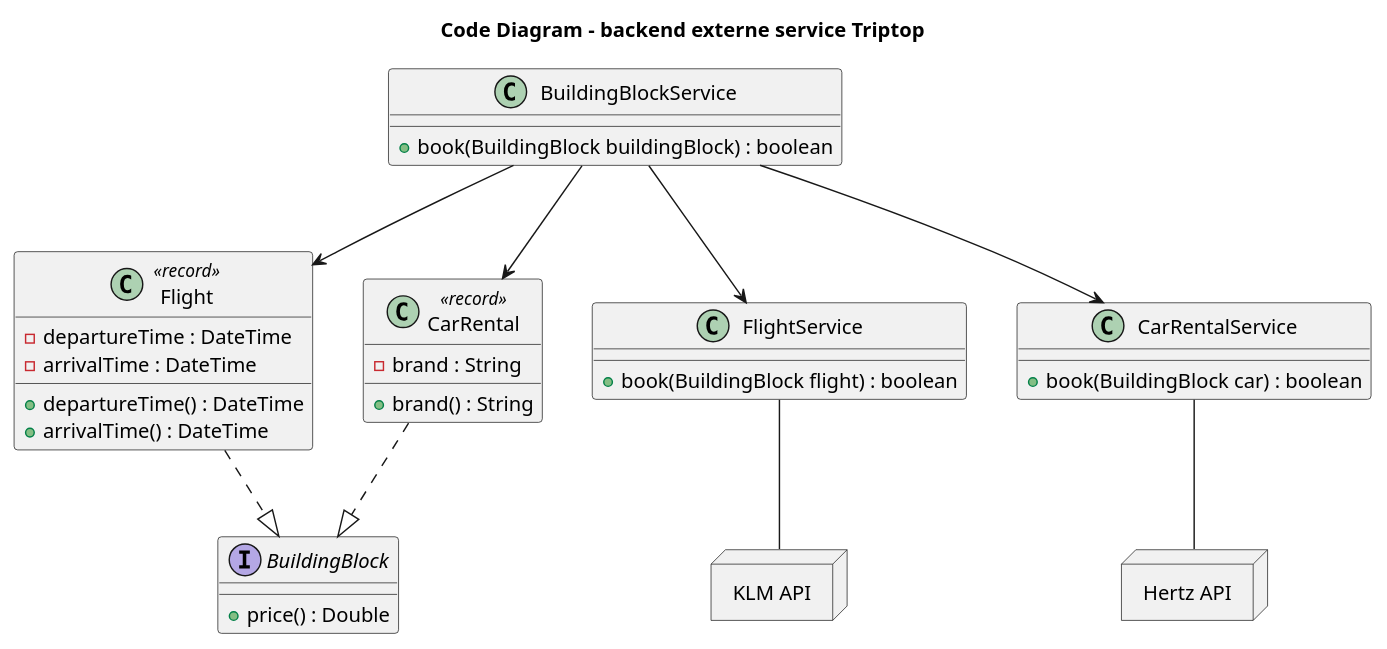
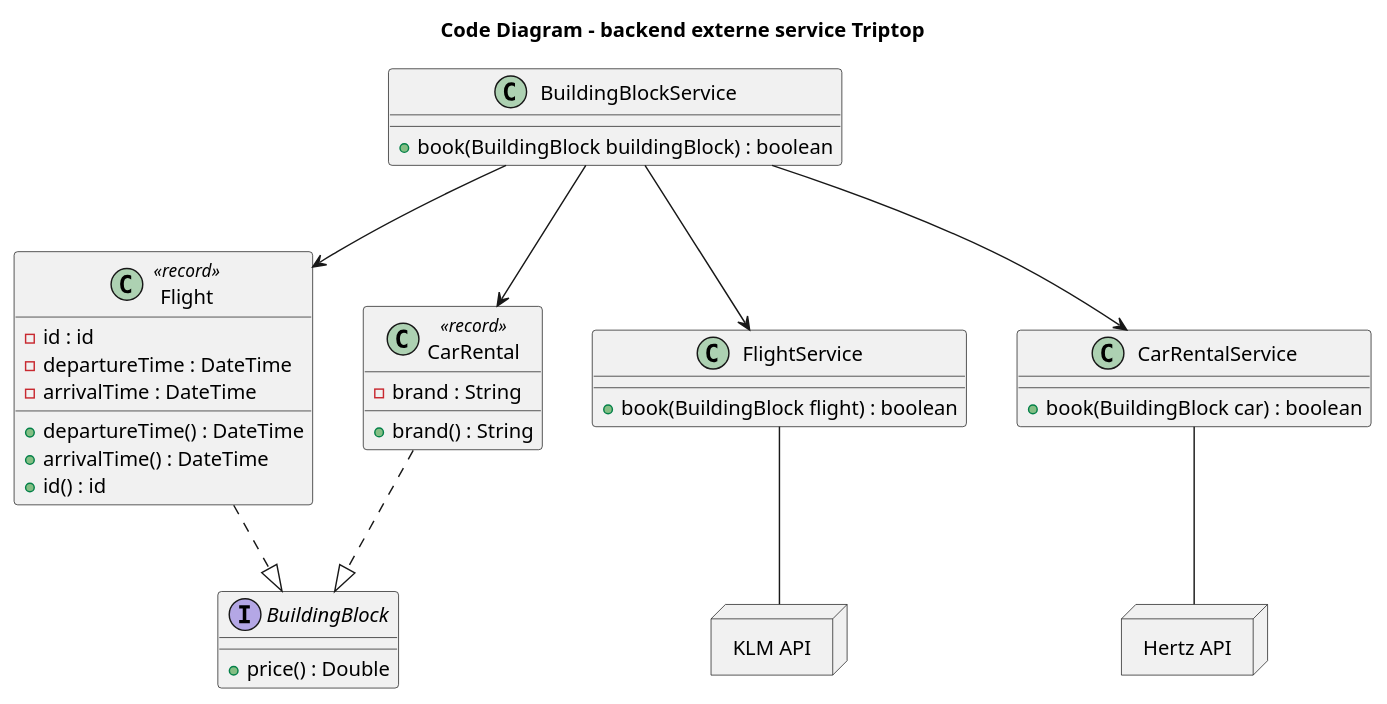
One commit to AIM-ENE-feb25/triptop-groep-tweeeeeeeeeeeeeeeeeeeeee changed the diagram in Stefan c4 code diagram backend.puml. Above: the diagram before and after it, drawn with PlantUML. The commit also changed 15 other files, not shown here.

```diff
--- a/Stefan c4 code diagram backend.puml
+++ b/Stefan c4 code diagram backend.puml
@@ -1,50 +1,52 @@
 @startuml
 
 title Code Diagram - backend externe service Triptop
 
 class Flight <<record>> {
+    -id : id
     -departureTime : DateTime
     -arrivalTime : DateTime
     +departureTime() : DateTime
     +arrivalTime() : DateTime
+    +id() : id
 }
 
 class CarRental <<record>> {
     -brand : String
     +brand() : String
 }
 
 class BuildingBlockService {
     +book(BuildingBlock buildingBlock) : boolean
 }
 
 class FlightService {
     +book(BuildingBlock flight) : boolean
 }
 
 class CarRentalService {
     +book(BuildingBlock car) : boolean
 }
 
 interface BuildingBlock {
     +price() : Double
 }
 
 BuildingBlockService --> FlightService
 BuildingBlockService --> CarRentalService
 BuildingBlockService --> CarRental
 BuildingBlockService --> Flight
 Flight ..|> BuildingBlock
 CarRental ..|> BuildingBlock
 
 
 node "KLM API" as KLM {
 }
 
 node "Hertz API" as Hertz {
 }
 
 FlightService -- KLM
 CarRentalService -- Hertz
 
 @enduml
```
